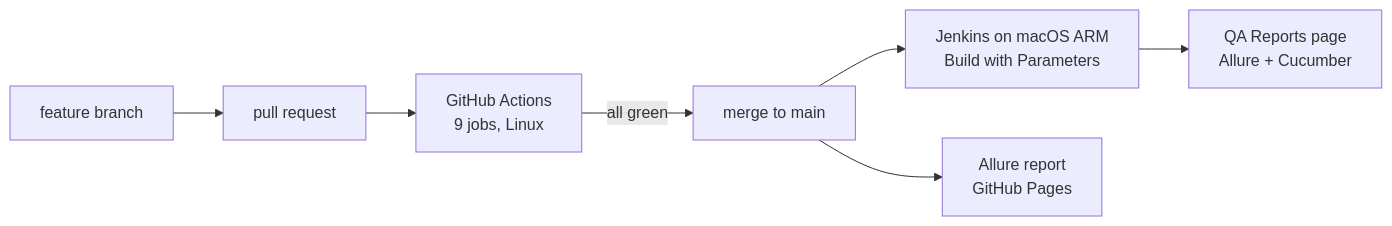
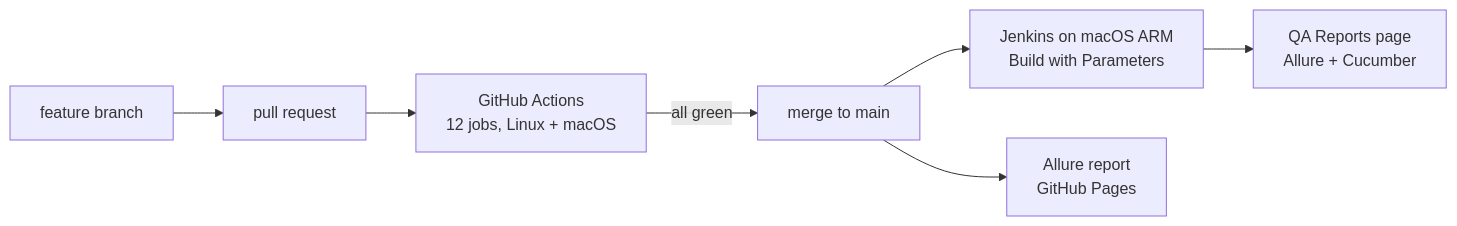
The first of 5 diagrams in README.md (rbchy/rbchy), drawn with Mermaid before and after one commit. The commit also changed other lines of this file and 2 other files, not shown here.

````diff
--- a/README.md
+++ b/README.md
@@ -107,9 +113,9 @@
 ```mermaid
 flowchart LR
   B["feature branch"] --> PR["pull request"]
-  PR --> GA["GitHub Actions<br/>9 jobs, Linux"]
+  PR --> GA["GitHub Actions<br/>12 jobs, Linux + macOS"]
   GA -->|all green| M["merge to main"]
   M --> J["Jenkins on macOS ARM<br/>Build with Parameters"]
   J --> R["QA Reports page<br/>Allure + Cucumber"]
   M --> P["Allure report<br/>GitHub Pages"]
 ```
````
